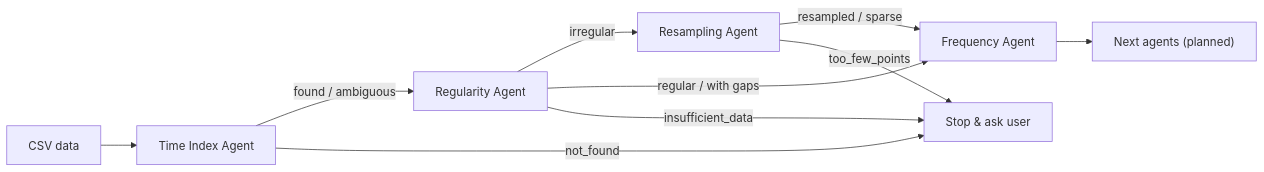
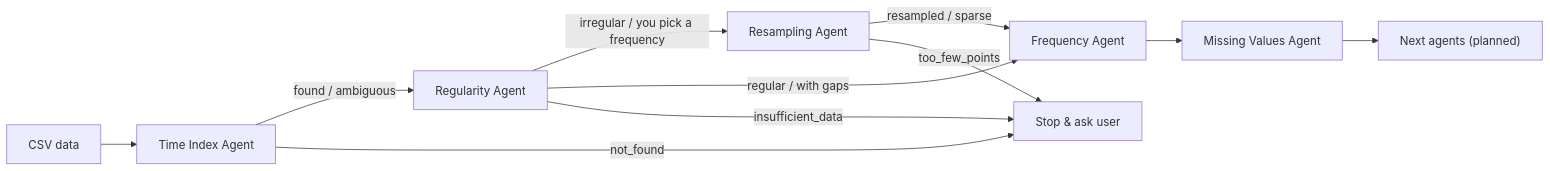
One commit to shanudengre82/forecasting_agents changed the diagram in README.md. Above: the diagram before and after it, drawn with Mermaid. The commit also changed other lines of this file and 31 other files, not shown here.

````diff
--- a/README.md
+++ b/README.md
@@ -29,19 +65,21 @@
 ```mermaid
 flowchart LR
   data["CSV data"]
   time_index["Time Index Agent"]
   regularity["Regularity Agent"]
   resampling["Resampling Agent"]
   frequency["Frequency Agent"]
+  missing_values["Missing Values Agent"]
   stop["Stop & ask user"]
   next["Next agents (planned)"]
   data --> time_index
   time_index -->|found / ambiguous| regularity
   time_index -->|not_found| stop
-  regularity -->|irregular| resampling
+  regularity -->|irregular / you pick a frequency| resampling
   regularity -->|regular / with gaps| frequency
   regularity -->|insufficient_data| stop
   resampling -->|resampled / sparse| frequency
   resampling -->|too_few_points| stop
-  frequency --> next
+  frequency --> missing_values
+  missing_values --> next
 ```
````
